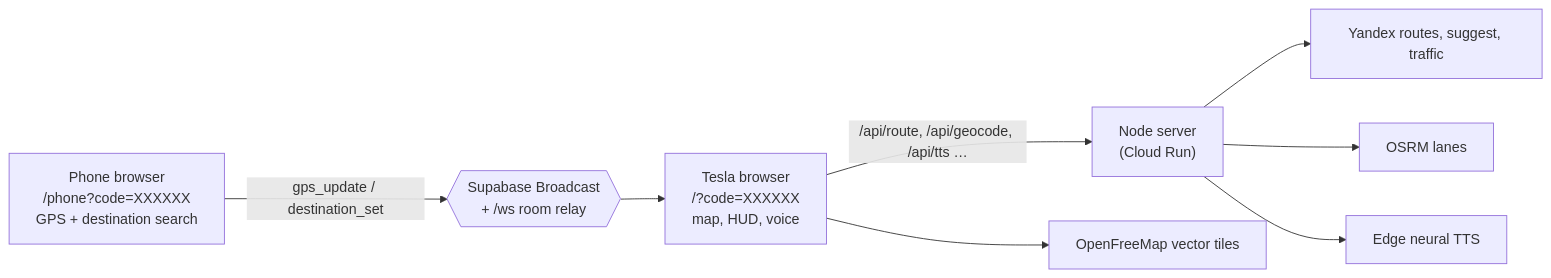
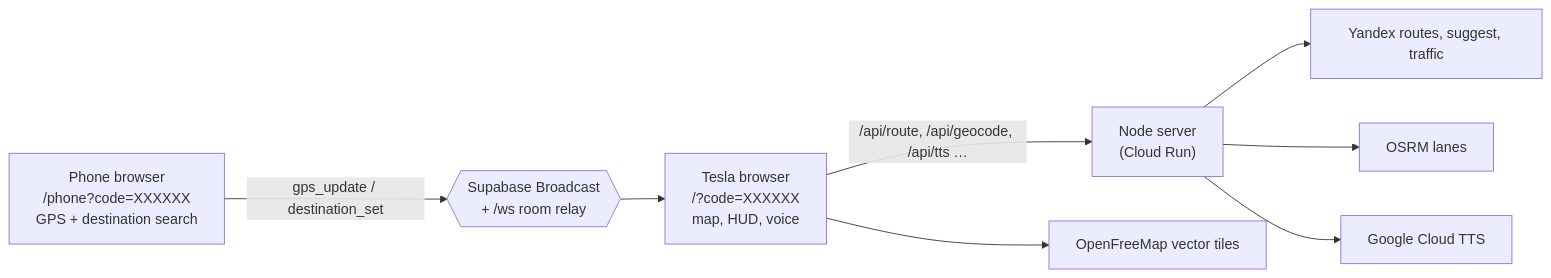
Before and after one commit to stepanssmbatyan94/tesla-navi: the diagram in README.md, drawn with Mermaid. The commit also changed other lines of this file and 3 other files, not shown here.

Commit message:
docs: Google Cloud TTS for ru/en voices

````diff
--- a/README.md
+++ b/README.md
@@ -9,10 +9,10 @@
 ```mermaid
 flowchart LR
   Phone["Phone browser<br/>/phone?code=XXXXXX<br/>GPS + destination search"] -- "gps_update / destination_set" --> RT{{"Supabase Broadcast<br/>+ /ws room relay"}}
   RT --> Car["Tesla browser<br/>/?code=XXXXXX<br/>map, HUD, voice"]
   Car -- "/api/route, /api/geocode, /api/tts …" --> Server["Node server<br/>(Cloud Run)"]
   Server --> Yandex["Yandex routes, suggest, traffic"]
   Server --> OSRM["OSRM lanes"]
-  Server --> Edge["Edge neural TTS"]
+  Server --> Edge["Google Cloud TTS"]
   Car --> Tiles["OpenFreeMap vector tiles"]
 ```
````
